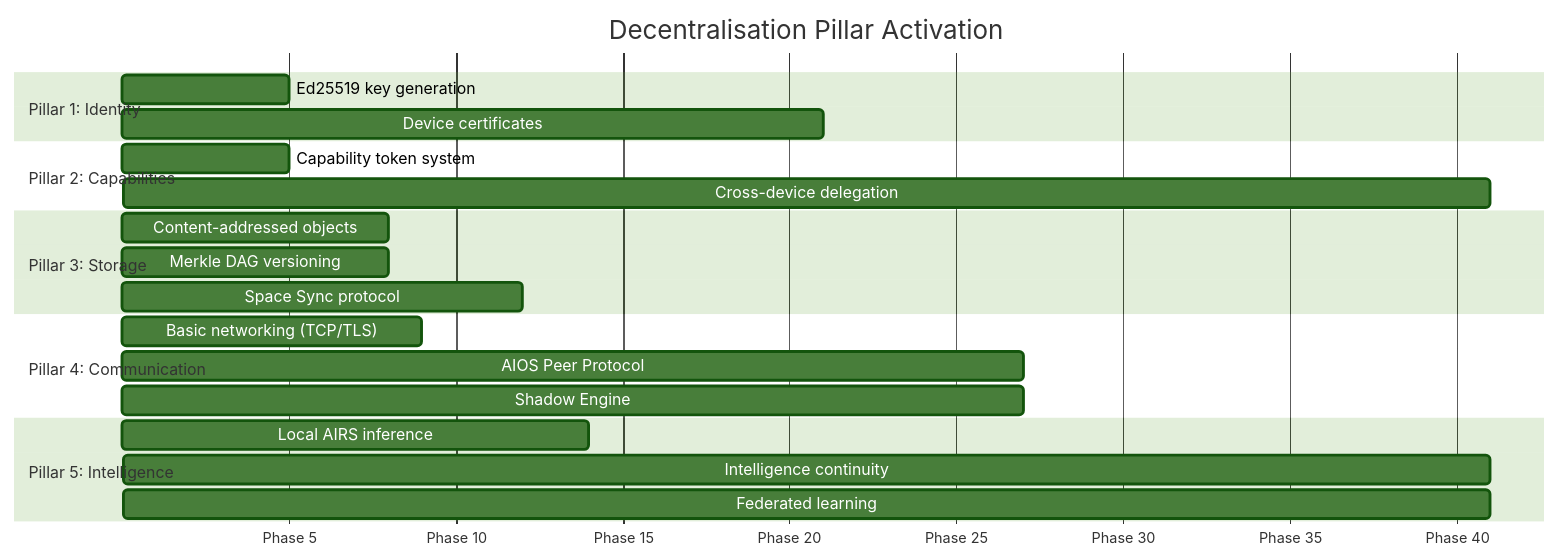
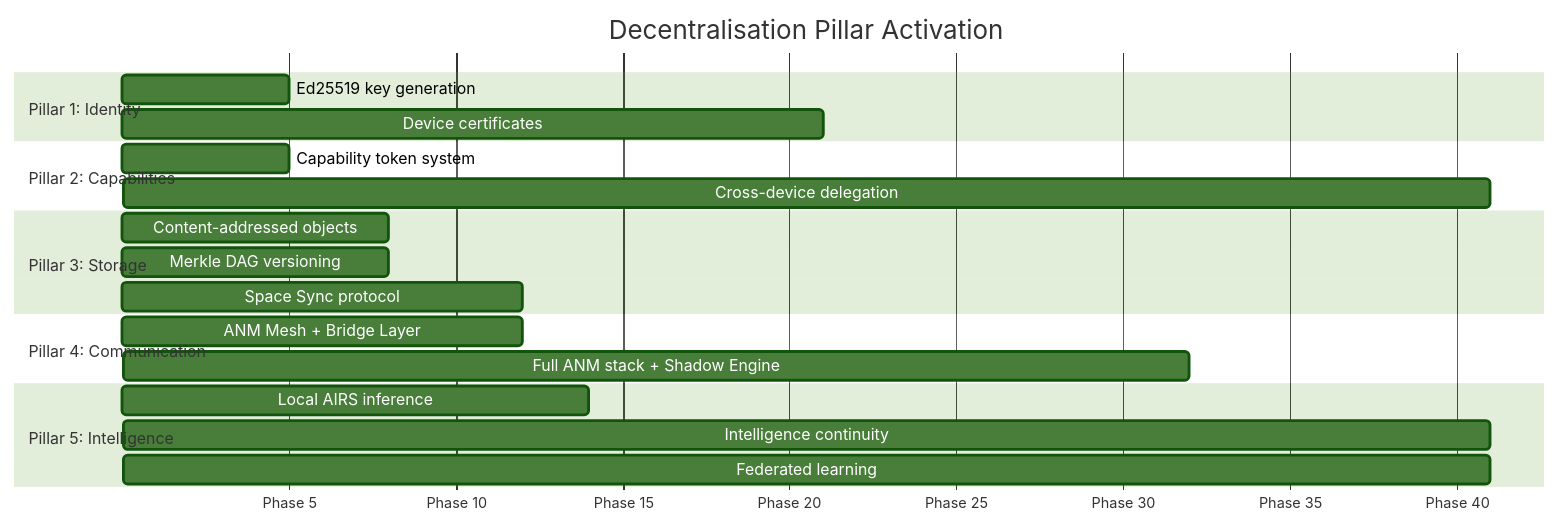
One commit to juslee/aios changed the sixth of 6 diagrams in docs/security/decentralisation.md. Above: the diagram before and after it, drawn with Mermaid (forest theme). The commit also changed other lines of this file and 74 other files, not shown here.

First line of the commit message:
ANM: AI Network Model — replace OSI with mesh-native networking (#139)

````diff
--- a/docs/security/decentralisation.md
+++ b/docs/security/decentralisation.md
@@ -464,29 +468,28 @@
 ```mermaid
 gantt
     title Decentralisation Pillar Activation
     dateFormat X
     axisFormat Phase %s
 
     section Pillar 1: Identity
     Ed25519 key generation           :p3, 3, 5
     Device certificates              :p17, 17, 21
 
     section Pillar 2: Capabilities
     Capability token system           :p3b, 3, 5
     Cross-device delegation           :p37a, 37, 41
 
     section Pillar 3: Storage
     Content-addressed objects         :p4, 4, 8
     Merkle DAG versioning             :p4b, 4, 8
     Space Sync protocol               :p8, 8, 12
 
     section Pillar 4: Communication
-    Basic networking (TCP/TLS)        :p7, 7, 9
-    AIOS Peer Protocol                :p23, 23, 27
-    Shadow Engine                     :p23b, 23, 27
+    ANM Mesh + Bridge Layer            :p9, 9, 12
+    Full ANM stack + Shadow Engine    :p28, 28, 32
 
     section Pillar 5: Intelligence
     Local AIRS inference              :p10, 10, 14
     Intelligence continuity           :p37b, 37, 41
     Federated learning                :p37c, 37, 41
 ```
````
